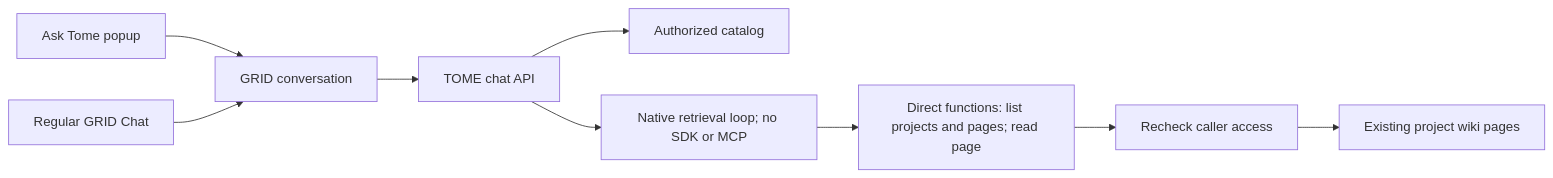
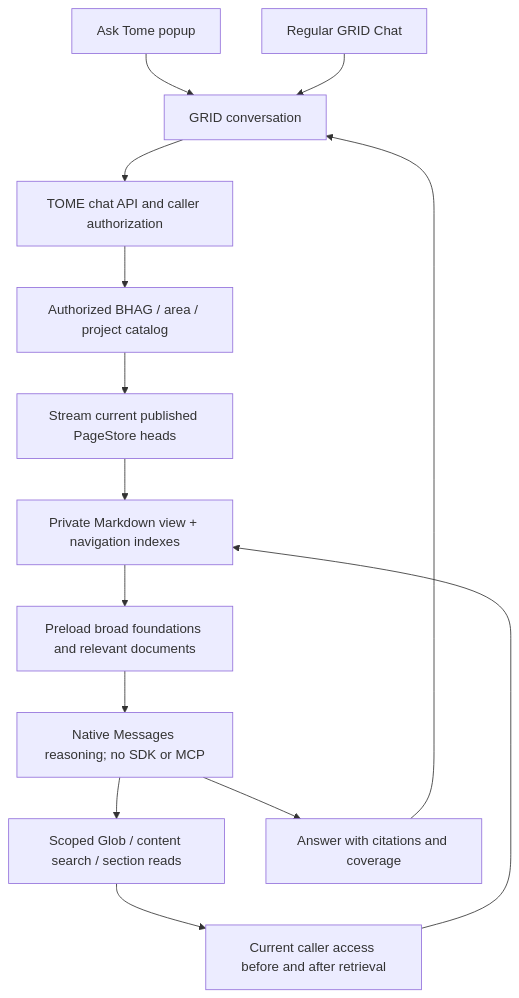
The diagram in docs/docs/architecture/tome-chat.md (vaesposito/TOME-updatedUX), drawn with Mermaid before and after one commit. The commit also changed other lines of this file and 12 other files, not shown here.

Commit message:
refactor(tome): assemble private published context with scoped file search

````diff
--- a/docs/docs/architecture/tome-chat.md
+++ b/docs/docs/architecture/tome-chat.md
@@ -20,11 +19,16 @@
 ```mermaid
-flowchart LR
+flowchart TD
     Popup[Ask Tome popup] --> Chat[GRID conversation]
     Regular[Regular GRID Chat] --> Chat
-    Chat --> BFF[TOME chat API]
-    BFF --> Catalog[Authorized catalog]
-    BFF --> Retrieval[Native retrieval loop; no SDK or MCP]
-    Retrieval --> Tools[Direct functions: list projects and pages; read page]
-    Tools --> Access[Recheck caller access]
-    Access --> Pages[Existing project wiki pages]
+    Chat --> BFF[TOME chat API and caller authorization]
+    BFF --> Catalog[Authorized BHAG / area / project catalog]
+    Catalog --> Export[Stream current published PageStore heads]
+    Export --> View[Private Markdown view + navigation indexes]
+    View --> Context[Preload broad foundations and relevant documents]
+    Context --> Reason[Native Messages reasoning; no SDK or MCP]
+    Reason --> Tools[Scoped Glob / content search / section reads]
+    Tools --> Access[Current caller access before and after retrieval]
+    Access --> View
+    Reason --> Citations[Answer with citations and coverage]
+    Citations --> Chat
 ```
````
